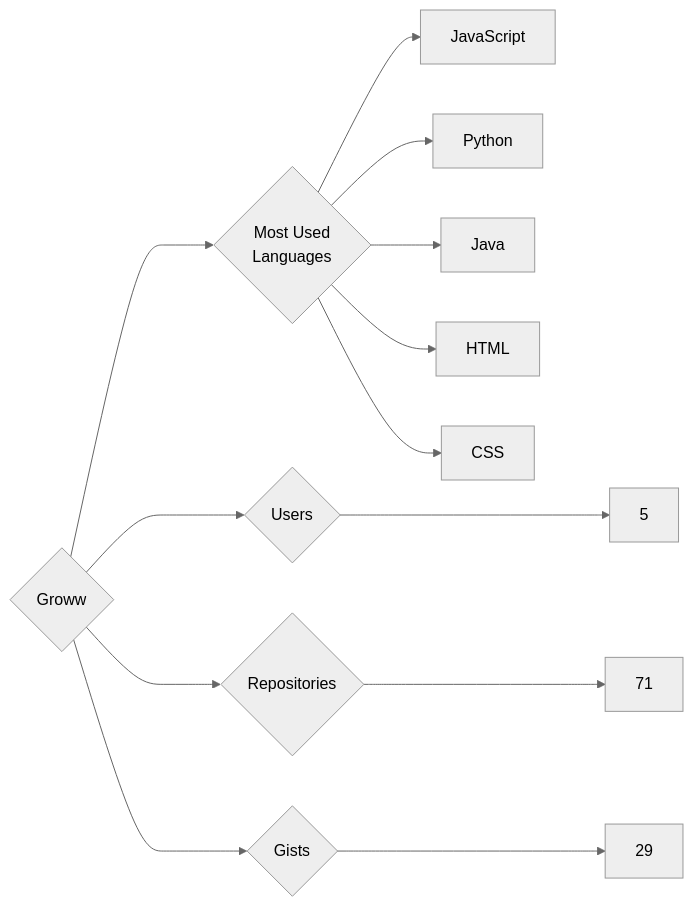
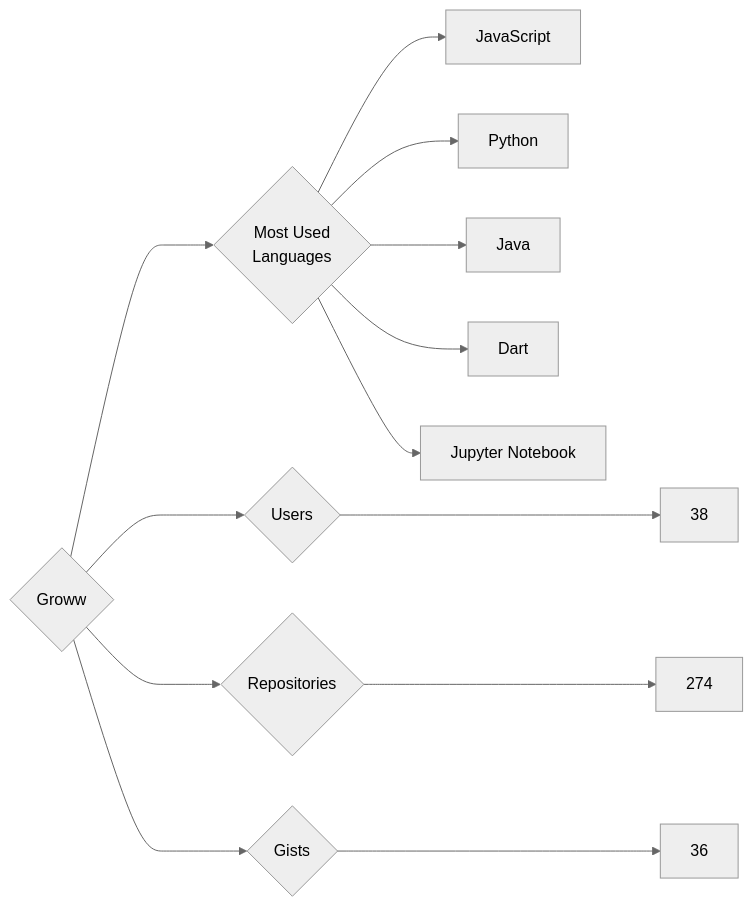
The diagram in targets/Groww/README.md (trickest/insiders), drawn with Mermaid (neutral theme) before and after one commit. The commit also changed 845 other files, not shown here.

````diff
--- a/targets/Groww/README.md
+++ b/targets/Groww/README.md
@@ -3,13 +3,13 @@
 ```mermaid
 graph LR
 COMPANY_NAME{Groww}
-COMPANY_NAME ---> U{Users} ---> UN[5]
-COMPANY_NAME ---> R{Repositories} ---> RN[71]
-COMPANY_NAME ---> G{Gists} ---> GN[29]
+COMPANY_NAME ---> U{Users} ---> UN[38]
+COMPANY_NAME ---> R{Repositories} ---> RN[274]
+COMPANY_NAME ---> G{Gists} ---> GN[36]
 COMPANY_NAME ---> ML{Most Used<br>Languages}
 ML --> JavaScript[JavaScript]
 ML --> Python[Python]
 ML --> Java[Java]
-ML --> HTML[HTML]
-ML --> CSS[CSS]
+ML --> Dart[Dart]
+ML --> Jupyter_Notebook[Jupyter Notebook]
 ```
````
